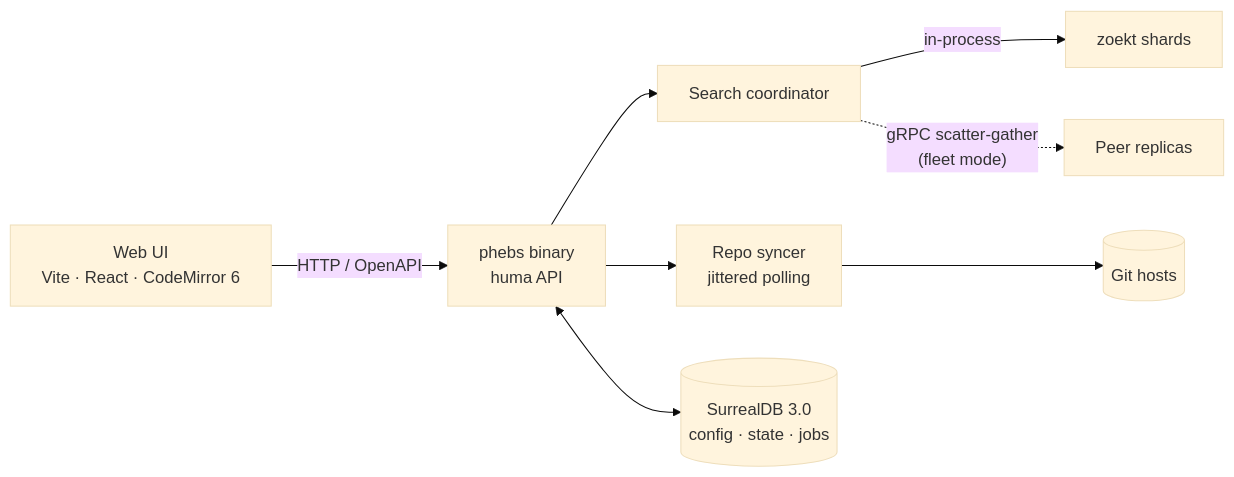
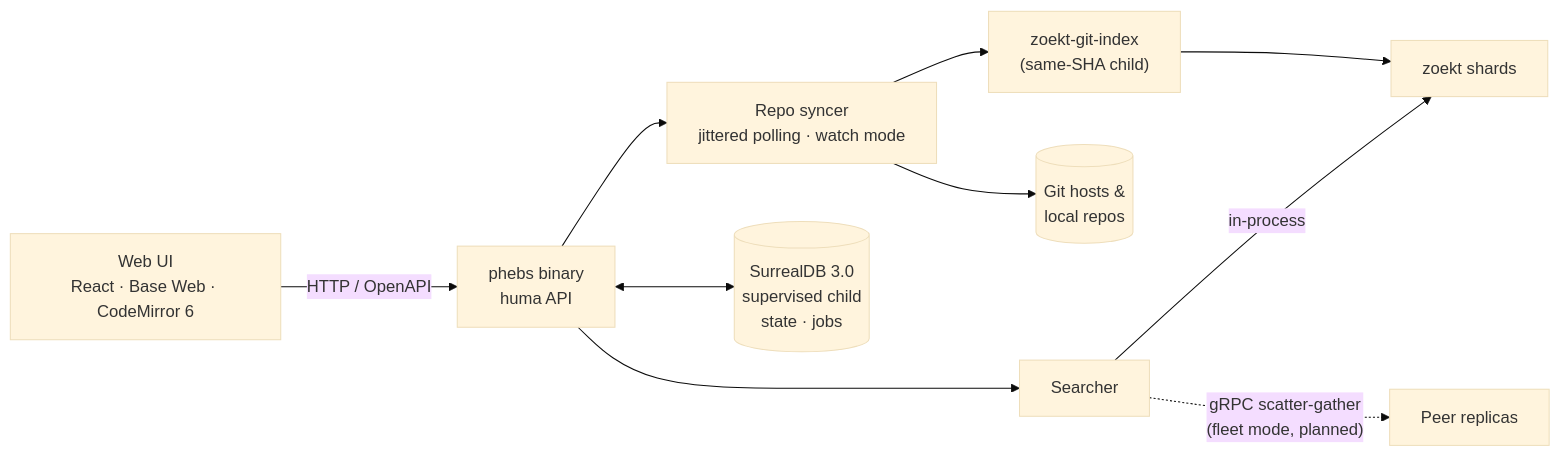
One commit to bmeddeb/phebs changed the diagram in README.md. Above: the diagram before and after it, drawn with Mermaid (base theme). The commit also changed other lines of this file and 6 other files, not shown here.

Commit message:
TD.1: user manual (docs/MANUAL.md), README refresh; fix zoekt-git-index discovery for make-build layout, UI title

````diff
--- a/README.md
+++ b/README.md
@@ -40,10 +65,12 @@
 ```mermaid
 flowchart LR
-    UI["Web UI<br/>Vite · React · CodeMirror 6"] -->|"HTTP / OpenAPI"| API["phebs binary<br/>huma API"]
-    API --> COORD["Search coordinator"]
+    UI["Web UI<br/>React · Base Web · CodeMirror 6"] -->|"HTTP / OpenAPI"| API["phebs binary<br/>huma API"]
+    API --> COORD["Searcher"]
     COORD -->|"in-process"| ZK["zoekt shards"]
-    API --> SYNC["Repo syncer<br/>jittered polling"]
-    SYNC --> GIT[("Git hosts")]
-    API <--> DB[("SurrealDB 3.0<br/>config · state · jobs")]
-    COORD -.->|"gRPC scatter-gather<br/>(fleet mode)"| PEERS["Peer replicas"]
+    API --> SYNC["Repo syncer<br/>jittered polling · watch mode"]
+    SYNC --> GIT[("Git hosts &<br/>local repos")]
+    SYNC --> IDX["zoekt-git-index<br/>(same-SHA child)"]
+    IDX --> ZK
+    API <--> DB[("SurrealDB 3.0<br/>supervised child<br/>state · jobs")]
+    COORD -.->|"gRPC scatter-gather<br/>(fleet mode, planned)"| PEERS["Peer replicas"]
 ```
````
